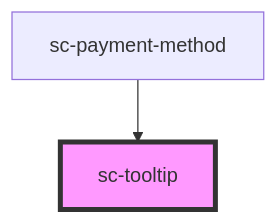
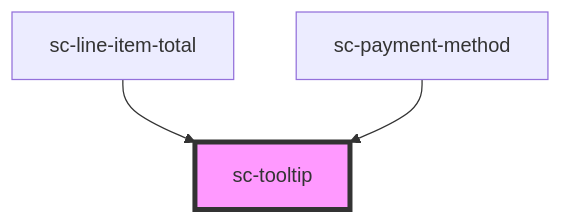
Before and after one commit to surecart/surecart-wp-plugin: the diagram in packages/components/src/components/ui/tooltip/readme.md, drawn with Mermaid. The commit also changed other lines of this file and 9 other files, not shown here.

Commit message:
added tooltip on Total Installment Payments label

````diff
--- a/packages/components/src/components/ui/tooltip/readme.md
+++ b/packages/components/src/components/ui/tooltip/readme.md
@@ -35,5 +36,6 @@
 ```mermaid
 graph TD;
+  sc-line-item-total --> sc-tooltip
   sc-payment-method --> sc-tooltip
   style sc-tooltip fill:#f9f,stroke:#333,stroke-width:4px
 ```
````
